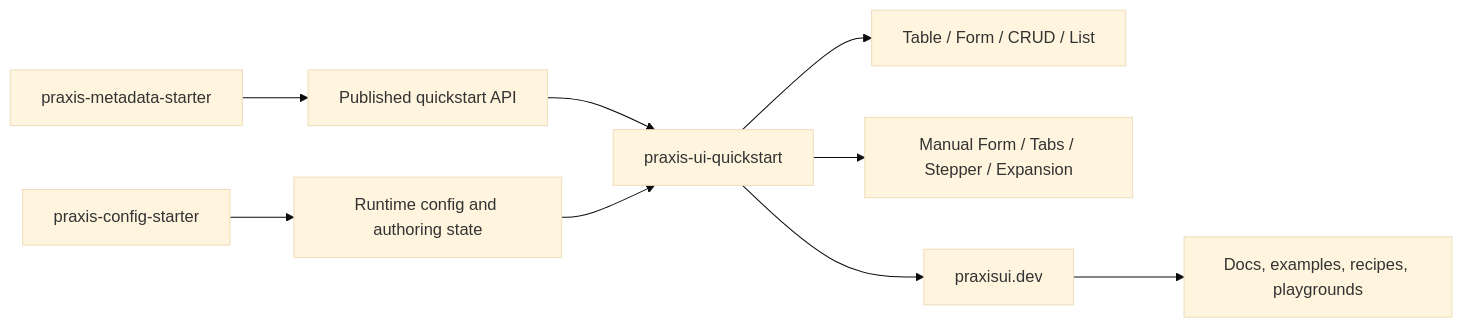
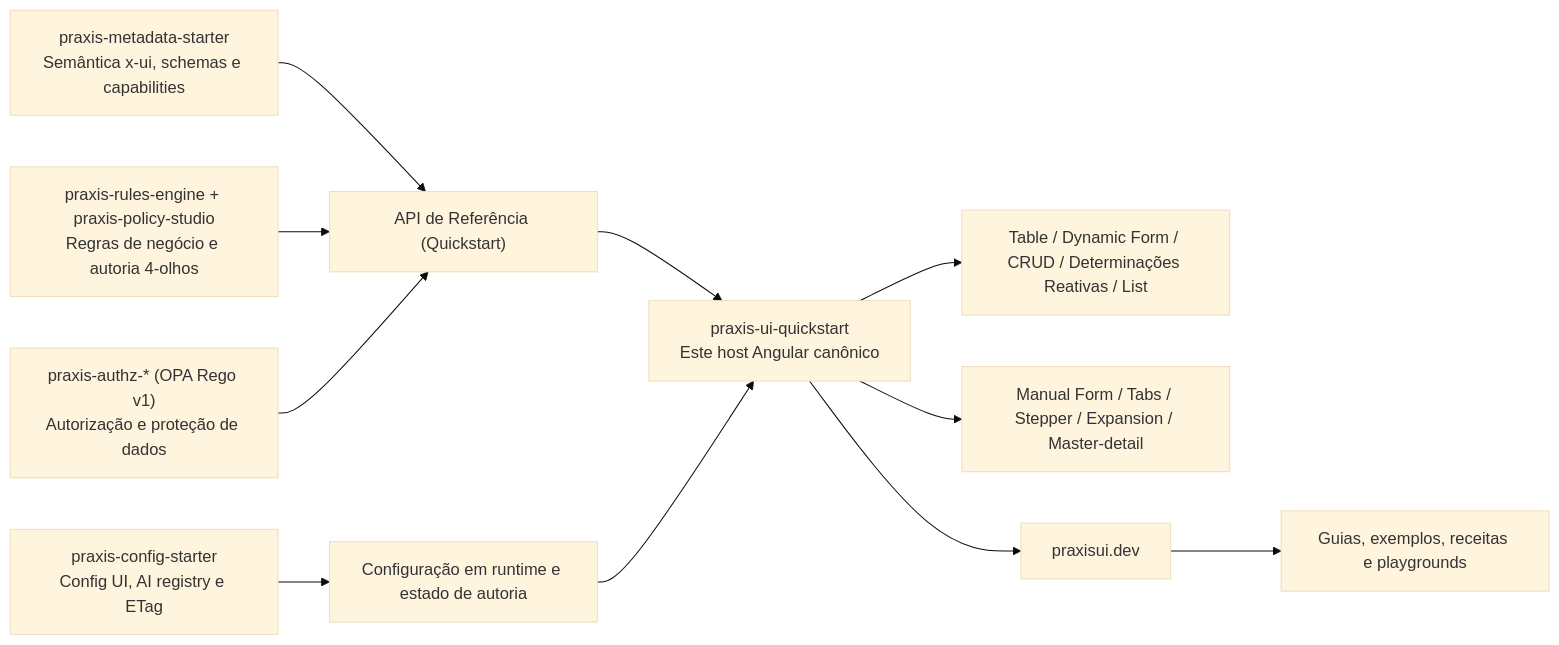
The first of 2 diagrams in README.md (codexrodrigues/praxis-ui-quickstart), drawn with Mermaid (base theme) before and after one commit. The commit also changed other lines of this file and 1 other file, not shown here.

Commit message:
docs: standardize README in PT-BR and sanitize master-detail homologation note

````diff
--- a/README.md
+++ b/README.md
@@ -35,11 +39,13 @@
 ```mermaid
 flowchart LR
-  metadata["praxis-metadata-starter"] --> api["Published quickstart API"]
-  config["praxis-config-starter"] --> runtimeConfig["Runtime config and authoring state"]
-  api --> quickstart["praxis-ui-quickstart"]
+  metadata["praxis-metadata-starter<br/>Semântica x-ui, schemas e capabilities"] --> api["API de Referência (Quickstart)"]
+  config["praxis-config-starter<br/>Config UI, AI registry e ETag"] --> runtimeConfig["Configuração em runtime e estado de autoria"]
+  rules["praxis-rules-engine + praxis-policy-studio<br/>Regras de negócio e autoria 4-olhos"] --> api
+  authz["praxis-authz-* (OPA Rego v1)<br/>Autorização e proteção de dados"] --> api
+  api --> quickstart["praxis-ui-quickstart<br/>Este host Angular canônico"]
   runtimeConfig --> quickstart
-  quickstart --> core["Table / Form / CRUD / List"]
-  quickstart --> composition["Manual Form / Tabs / Stepper / Expansion"]
+  quickstart --> core["Table / Dynamic Form / CRUD / Determinações Reativas / List"]
+  quickstart --> composition["Manual Form / Tabs / Stepper / Expansion / Master-detail"]
   quickstart --> docs["praxisui.dev"]
-  docs --> playgrounds["Docs, examples, recipes, playgrounds"]
+  docs --> playgrounds["Guias, exemplos, receitas e playgrounds"]
 ```
````
